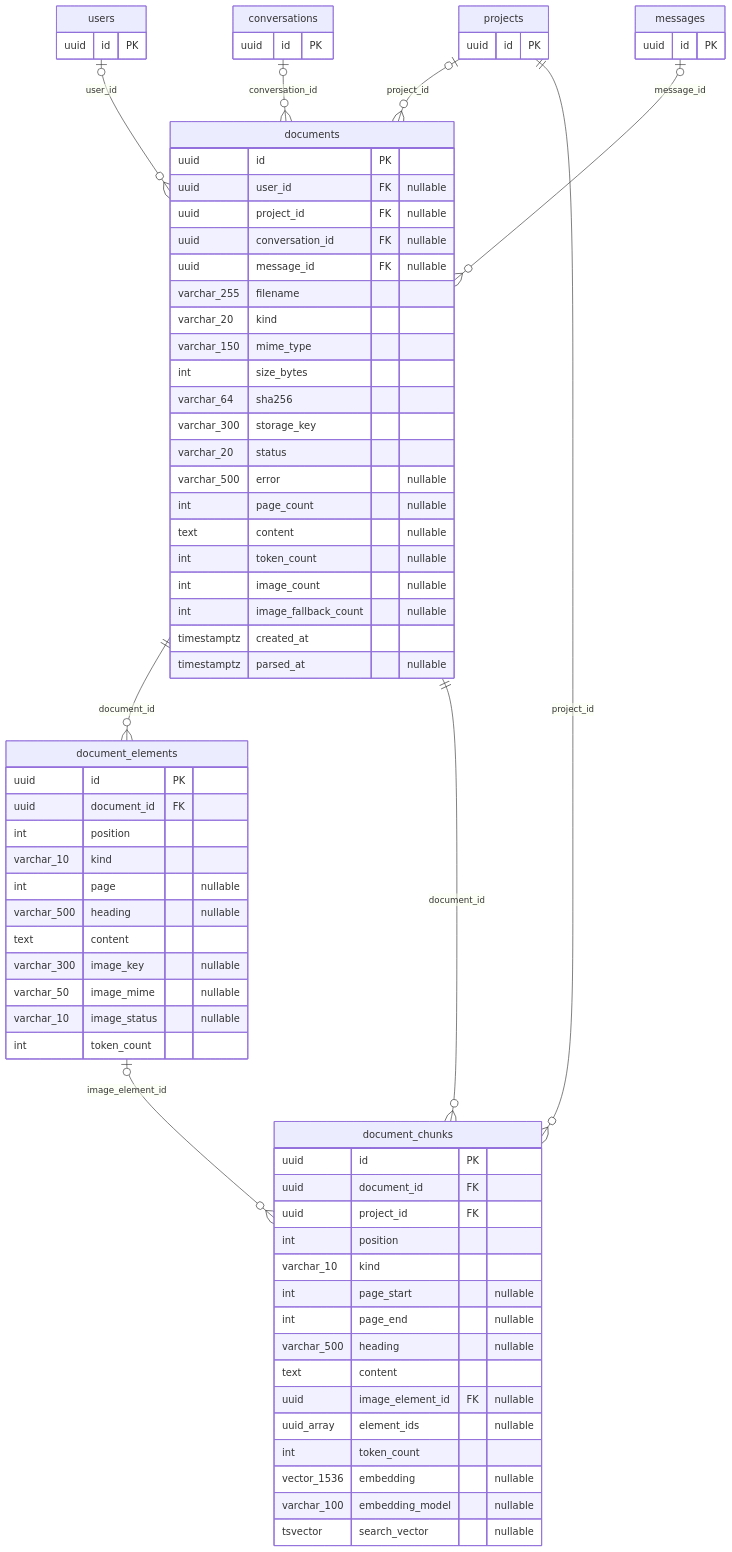
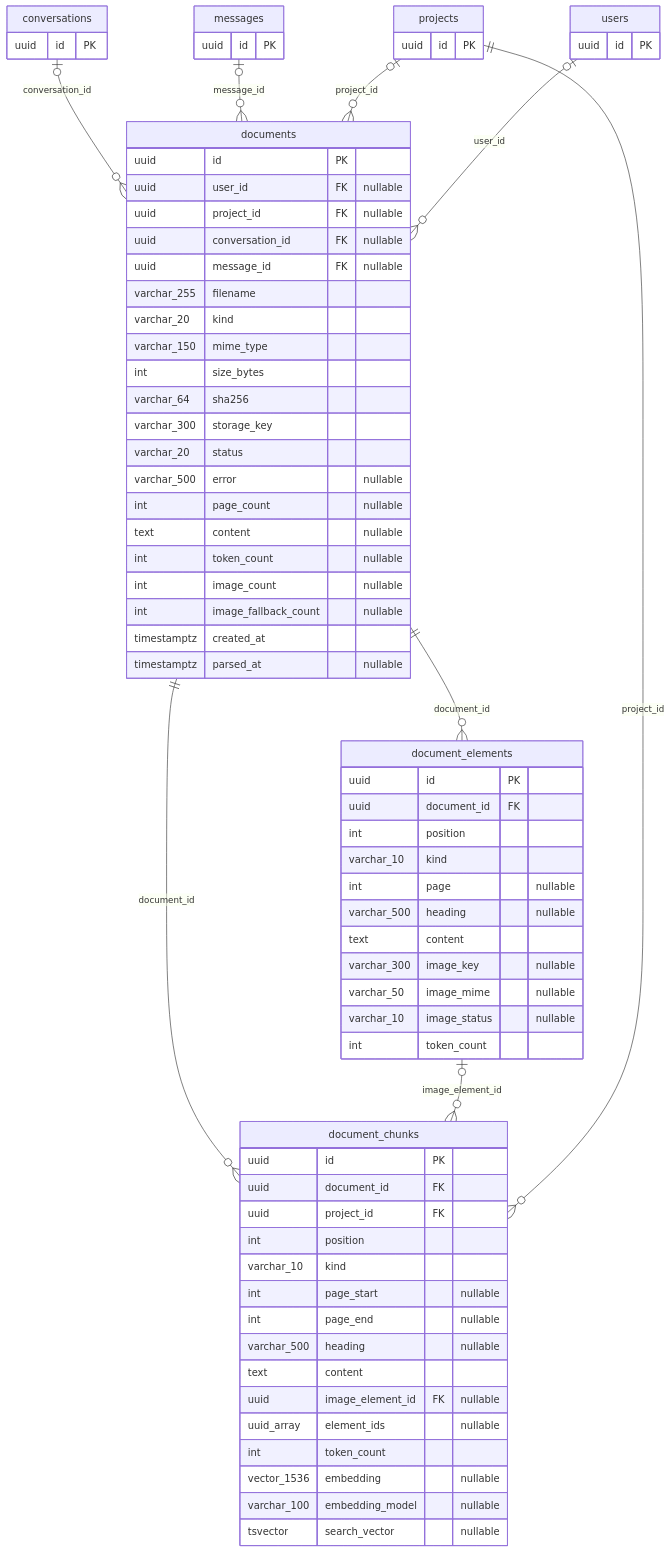
Before and after one commit to okdoittttt/apogee-deck: the fourth of 5 diagrams in docs/data/erd.md, drawn with Mermaid. The commit also changed other lines of this file and 8 other files, not shown here.

First line of the commit message:
chore: 문서 검사 도구와 ERD 생성기 추가

````diff
--- a/docs/data/erd.md
+++ b/docs/data/erd.md
@@ -152,75 +157,75 @@
 ```mermaid
 erDiagram
-    users o|--o{ documents : "user_id"
-    projects o|--o{ documents : "project_id"
     conversations o|--o{ documents : "conversation_id"
     messages o|--o{ documents : "message_id"
+    projects o|--o{ documents : "project_id"
+    users o|--o{ documents : "user_id"
     documents ||--o{ document_elements : "document_id"
     documents ||--o{ document_chunks : "document_id"
+    document_elements o|--o{ document_chunks : "image_element_id"
     projects ||--o{ document_chunks : "project_id"
-    document_elements o|--o{ document_chunks : "image_element_id"
     users {
         uuid id PK
     }
     projects {
         uuid id PK
     }
     conversations {
         uuid id PK
     }
     messages {
         uuid id PK
     }
     documents {
         uuid id PK
         uuid user_id FK "nullable"
         uuid project_id FK "nullable"
         uuid conversation_id FK "nullable"
         uuid message_id FK "nullable"
         varchar_255 filename
         varchar_20 kind
         varchar_150 mime_type
         int size_bytes
         varchar_64 sha256
         varchar_300 storage_key
         varchar_20 status
         varchar_500 error "nullable"
         int page_count "nullable"
         text content "nullable"
         int token_count "nullable"
         int image_count "nullable"
         int image_fallback_count "nullable"
         timestamptz created_at
         timestamptz parsed_at "nullable"
     }
     document_elements {
         uuid id PK
         uuid document_id FK
         int position
         varchar_10 kind
         int page "nullable"
         varchar_500 heading "nullable"
         text content
         varchar_300 image_key "nullable"
         varchar_50 image_mime "nullable"
         varchar_10 image_status "nullable"
         int token_count
     }
     document_chunks {
         uuid id PK
         uuid document_id FK
         uuid project_id FK
         int position
         varchar_10 kind
         int page_start "nullable"
         int page_end "nullable"
         varchar_500 heading "nullable"
         text content
         uuid image_element_id FK "nullable"
         uuid_array element_ids "nullable"
         int token_count
         vector_1536 embedding "nullable"
         varchar_100 embedding_model "nullable"
         tsvector search_vector "nullable"
     }
 ```
````
